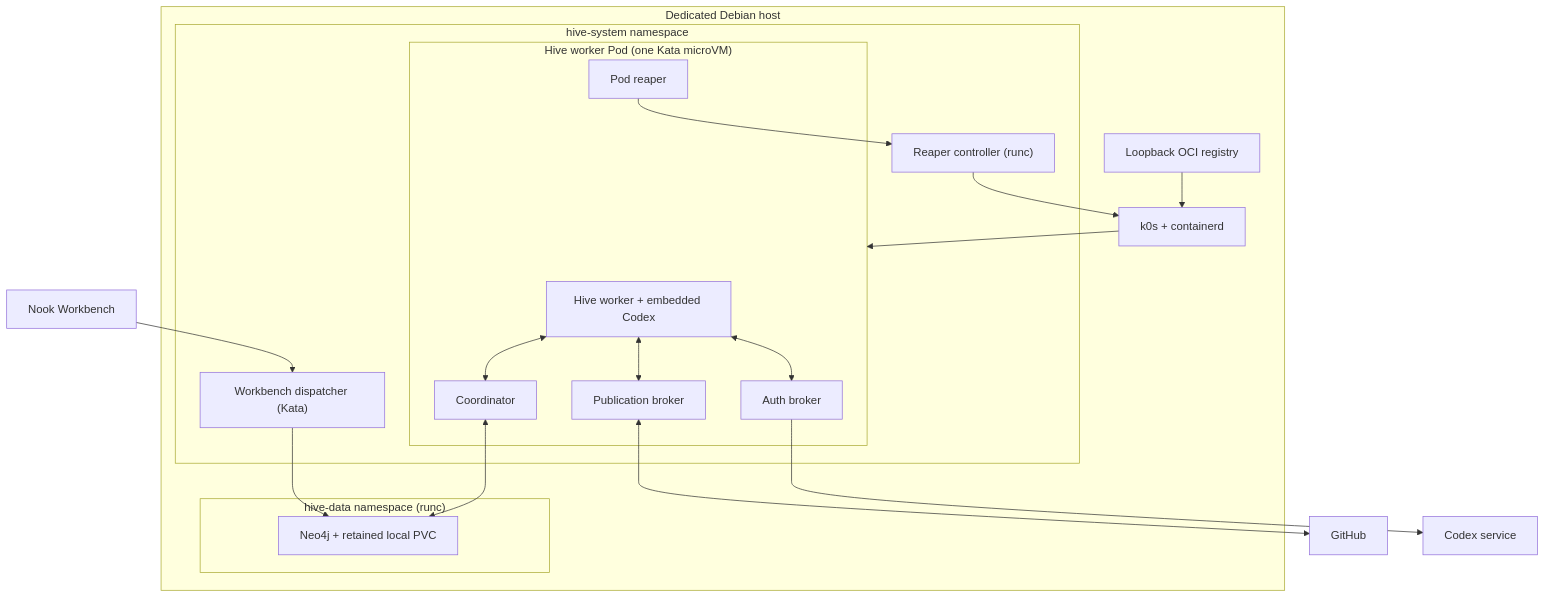
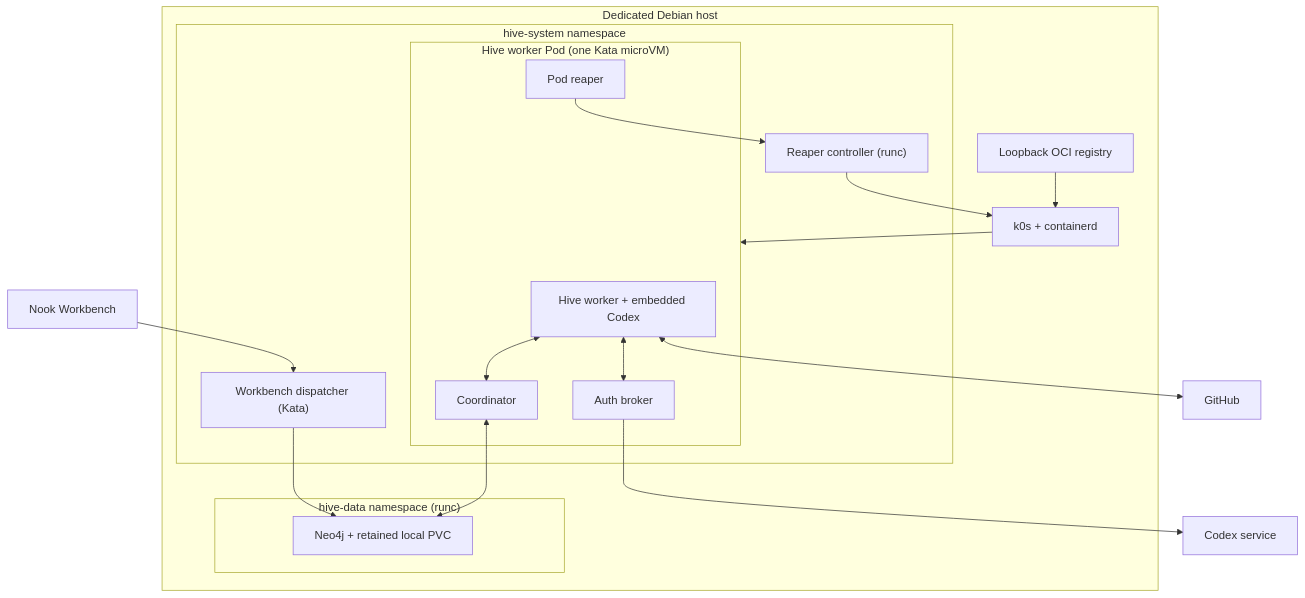
One commit to meta-secret/nook changed the first of 4 diagrams in .cortex/design-docs/hive-isolated-agent-platform.md. Above: the diagram before and after it, drawn with Mermaid. The commit also changed other lines of this file and 14 other files, not shown here.

Commit message:
Simplify Hive with direct GitHub access

````diff
--- a/.cortex/design-docs/hive-isolated-agent-platform.md
+++ b/.cortex/design-docs/hive-isolated-agent-platform.md
@@ -42,37 +45,35 @@
 ```mermaid
 flowchart TB
   subgraph host["Dedicated Debian host"]
     k0s["k0s + containerd"]
     registry["Loopback OCI registry"]
 
     subgraph data["hive-data namespace (runc)"]
       neo4j["Neo4j + retained local PVC"]
     end
 
     subgraph system["hive-system namespace"]
       dispatcher["Workbench dispatcher (Kata)"]
 
       subgraph pod["Hive worker Pod (one Kata microVM)"]
         worker["Hive worker + embedded Codex"]
         coordinator["Coordinator"]
         auth["Auth broker"]
-        publication["Publication broker"]
         reaper["Pod reaper"]
       end
       reaper_controller["Reaper controller (runc)"]
     end
   end
 
   workbench["Nook Workbench"] --> dispatcher
   dispatcher --> neo4j
   worker <--> coordinator
   coordinator <--> neo4j
   worker <--> auth
-  worker <--> publication
-  publication <--> github["GitHub"]
+  worker <--> github["GitHub"]
   auth --> codex_api["Codex service"]
   reaper --> reaper_controller
   reaper_controller --> k0s
   k0s --> pod
   registry --> k0s
 ```
````
